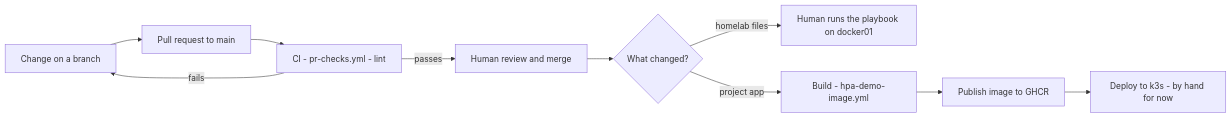
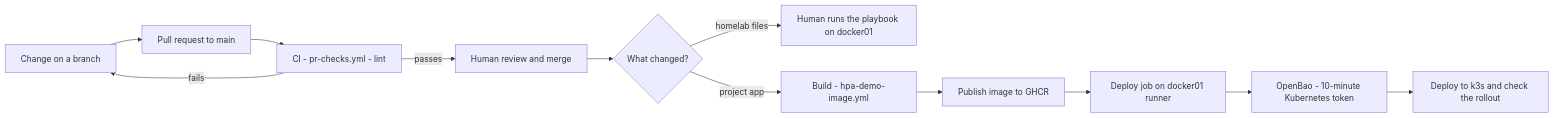
The second of 2 diagrams in README.md (Zulhardy/homelab), drawn with Mermaid before and after one commit. The commit also changed other lines of this file and 8 other files, not shown here.

First line of the commit message:
feat(cd): automatic deploy of hpa-demo via GitHub OIDC + OpenBao (step C)

````diff
--- a/README.md
+++ b/README.md
@@ -112,12 +113,14 @@
 ```mermaid
 flowchart LR
     A["Change on a branch"] --> B["Pull request to main"]
     B --> C["CI - pr-checks.yml - lint"]
     C -->|"fails"| A
     C -->|"passes"| D["Human review and merge"]
     D --> E{"What changed?"}
     E -->|"homelab files"| F["Human runs the playbook on docker01"]
     E -->|"project app"| G["Build - hpa-demo-image.yml"]
     G --> H["Publish image to GHCR"]
-    H --> I["Deploy to k3s - by hand for now"]
+    H --> J["Deploy job on docker01 runner"]
+    J --> K["OpenBao - 10-minute Kubernetes token"]
+    K --> I["Deploy to k3s and check the rollout"]
 ```
````
